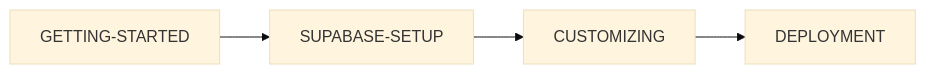
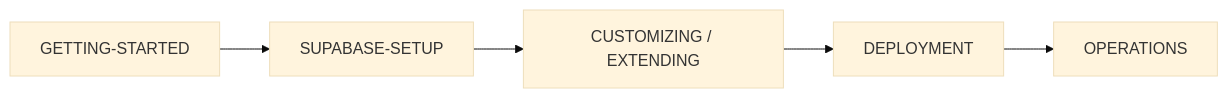
The third of 4 diagrams in README.md (k-systems202208/nextjs-supabase-vercel-webapp-template), drawn with Mermaid (base theme) before and after one commit. The commit also changed other lines of this file and 9 other files, not shown here.

````diff
--- a/README.md
+++ b/README.md
@@ -156,6 +165,7 @@
 ```mermaid
 flowchart LR
     A["GETTING-STARTED"] --> B["SUPABASE-SETUP"]
-    B --> C["CUSTOMIZING"]
+    B --> C["CUSTOMIZING / EXTENDING"]
     C --> D["DEPLOYMENT"]
+    D --> E["OPERATIONS"]
 ```
````
